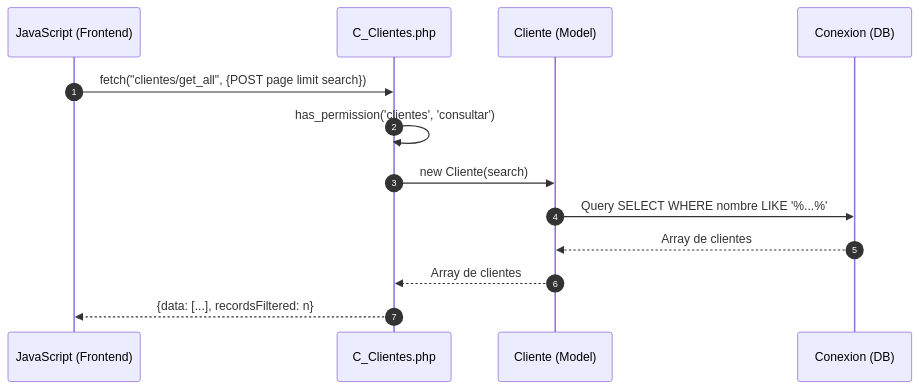
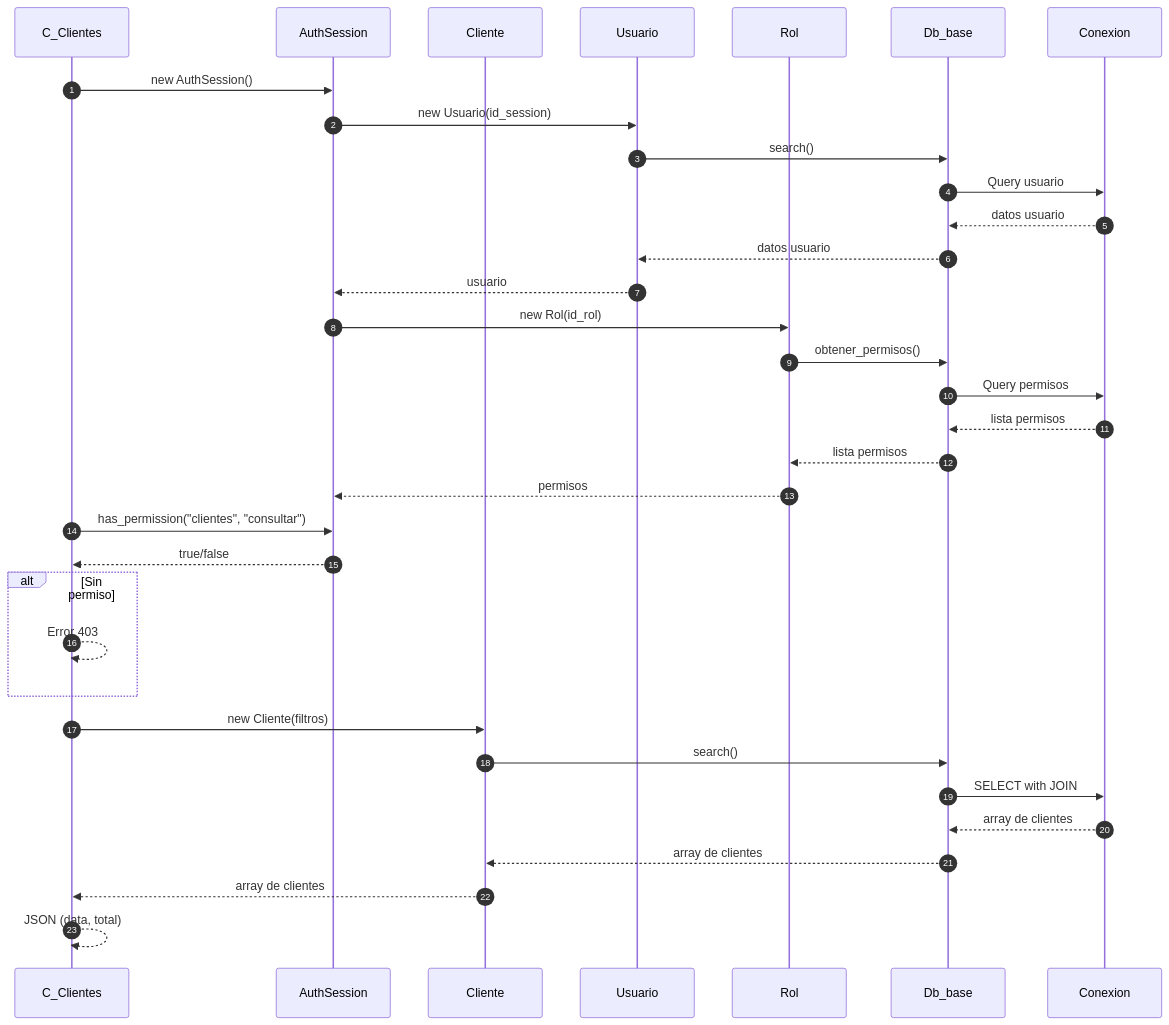
The second of 5 diagrams in docs/secuencia/clientes/clientes.md (Tecrato/BurgerHouse), drawn with Mermaid before and after one commit. The commit also changed other lines of this file and 13 other files, not shown here.

First line of the commit message:
diagramas actualizaos

````diff
--- a/docs/secuencia/clientes/clientes.md
+++ b/docs/secuencia/clientes/clientes.md
@@ -35,19 +51,42 @@
 ```mermaid
 sequenceDiagram
     autonumber
-    participant JS as JavaScript (Frontend)
-    participant C_Clientes as C_Clientes.php
-    participant Cliente as Cliente (Model)
-    participant DB as Conexion (DB)
+    participant C_Clientes as C_Clientes
+    participant AuthSession as AuthSession
+    participant Cliente as Cliente
+    participant Usuario as Usuario
+    participant Rol as Rol
+    participant Db_base as Db_base
+    participant Conexion as Conexion
     
-    JS->>C_Clientes: fetch("clientes/get_all", {POST page limit search})
+    C_Clientes->>AuthSession: new AuthSession()
+    AuthSession->>Usuario: new Usuario(id_session)
+    Usuario->>Db_base: search()
+    Db_base->>Conexion: Query usuario
+    Conexion-->>Db_base: datos usuario
+    Db_base-->>Usuario: datos usuario
+    Usuario-->>AuthSession: usuario
     
-    C_Clientes->>C_Clientes: has_permission('clientes', 'consultar')
+    AuthSession->>Rol: new Rol(id_rol)
+    Rol->>Db_base: obtener_permisos()
+    Db_base->>Conexion: Query permisos
+    Conexion-->>Db_base: lista permisos
+    Db_base-->>Rol: lista permisos
+    Rol-->>AuthSession: permisos
     
-    C_Clientes->>Cliente: new Cliente(search)
-    Cliente->>DB: Query SELECT WHERE nombre LIKE '%...%'
-    DB-->>Cliente: Array de clientes
-    Cliente-->>C_Clientes: Array de clientes
+    C_Clientes->>AuthSession: has_permission("clientes", "consultar")
+    AuthSession-->>C_Clientes: true/false
     
-    C_Clientes-->>JS: {data: [...], recordsFiltered: n}
+    alt Sin permiso
+        C_Clientes-->>C_Clientes: Error 403
+    end
+    
+    C_Clientes->>Cliente: new Cliente(filtros)
+    Cliente->>Db_base: search()
+    Db_base->>Conexion: SELECT with JOIN
+    Conexion-->>Db_base: array de clientes
+    Db_base-->>Cliente: array de clientes
+    Cliente-->>C_Clientes: array de clientes
+    
+    C_Clientes-->>C_Clientes: JSON (data, total)
 ```
````
